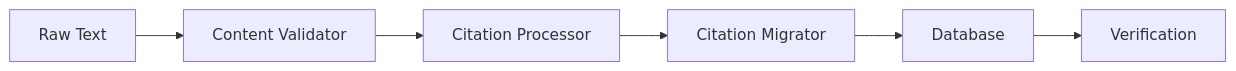
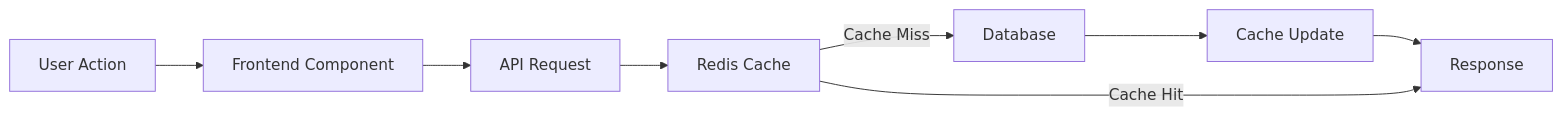
Before and after one commit to Atlogit/atlomy_chat: the first of 2 diagrams in cline_docs/New Architecture System Docs/codebaseSummary.md, drawn with Mermaid. The commit also changed other lines of this file, not shown here.

First line of the commit message:
docs: Add frontend components and Redis caching to codebase summary

````diff
--- a/cline_docs/New Architecture System Docs/codebaseSummary.md
+++ b/cline_docs/New Architecture System Docs/codebaseSummary.md
@@ -288,8 +477,10 @@
 ```mermaid
 graph LR
-    A[Raw Text] --> B[Content Validator]
-    B --> C[Citation Processor]
-    C --> D[Citation Migrator]
-    D --> E[Database]
-    E --> F[Verification]
+    A[User Action] --> B[Frontend Component]
+    B --> C[API Request]
+    C --> D[Redis Cache]
+    D -- Cache Miss --> E[Database]
+    E --> F[Cache Update]
+    F --> G[Response]
+    D -- Cache Hit --> G
 ```
````
